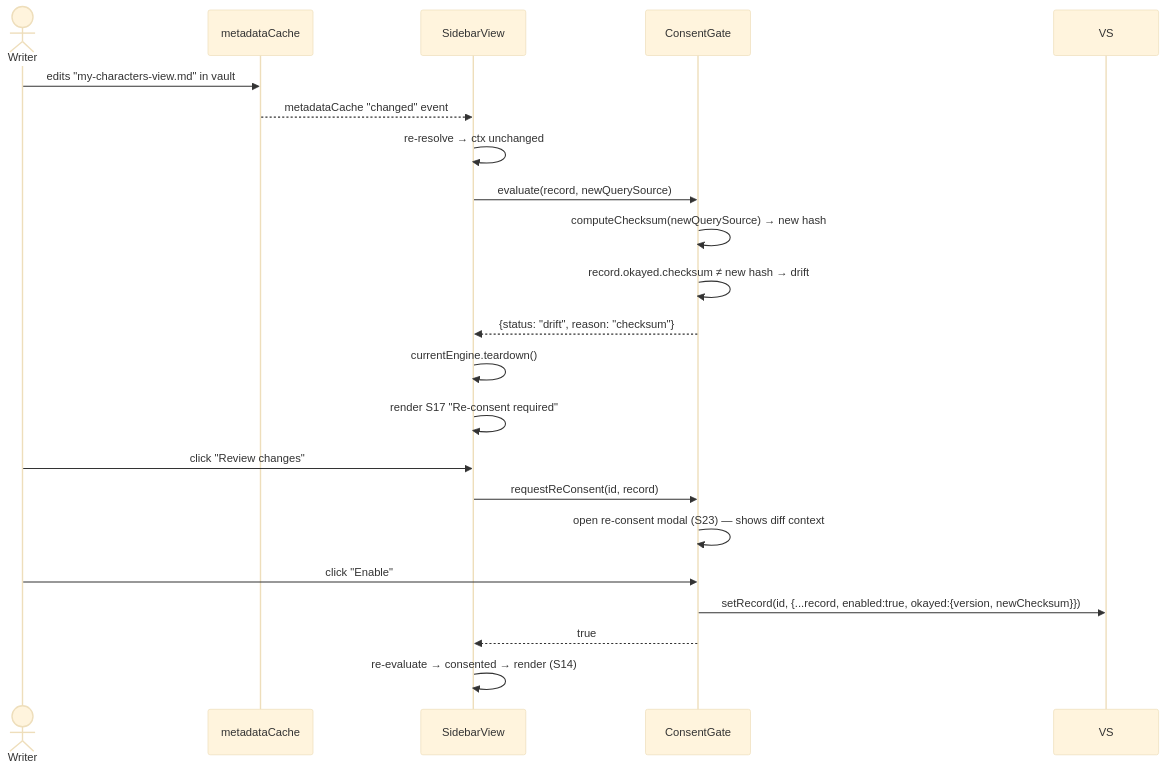
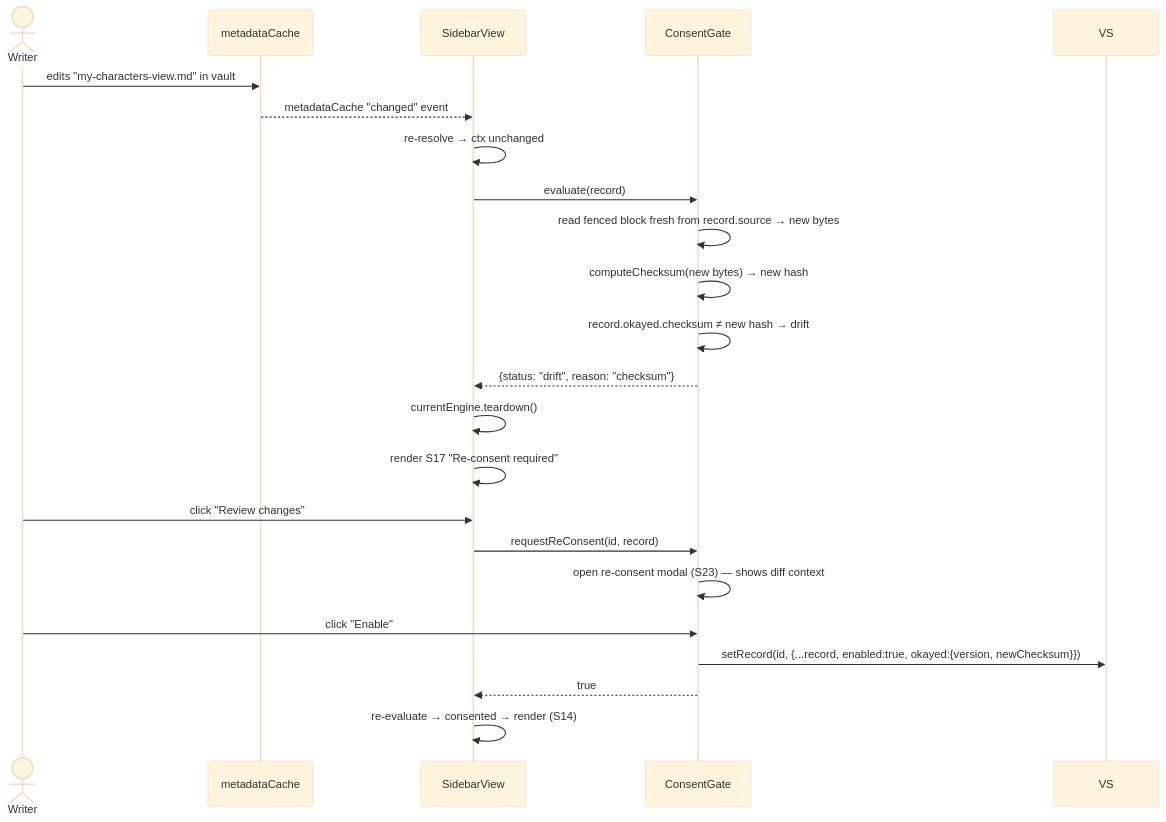
The sixth of 7 diagrams in docs/XDD/specs/002-query-engine-dataview/solution.md (MMoMM-org/obsidian-story-forge), drawn with Mermaid (base theme) before and after one commit. The commit also changed other lines of this file, not shown here.

First line of the commit message:
docs(spec): M2 SDD — clarify source/query read + native fallback

````diff
--- a/docs/XDD/specs/002-query-engine-dataview/solution.md
+++ b/docs/XDD/specs/002-query-engine-dataview/solution.md
@@ -823,24 +881,25 @@
 ```mermaid
 sequenceDiagram
     actor Writer
     participant MC as metadataCache
     participant SV as SidebarView
     participant CG as ConsentGate
 
     Writer->>MC: edits "my-characters-view.md" in vault
     MC-->>SV: metadataCache "changed" event
     SV->>SV: re-resolve → ctx unchanged
-    SV->>CG: evaluate(record, newQuerySource)
-    CG->>CG: computeChecksum(newQuerySource) → new hash
+    SV->>CG: evaluate(record)
+    CG->>CG: read fenced block fresh from record.source → new bytes
+    CG->>CG: computeChecksum(new bytes) → new hash
     CG->>CG: record.okayed.checksum ≠ new hash → drift
     CG-->>SV: {status: "drift", reason: "checksum"}
     SV->>SV: currentEngine.teardown()
     SV->>SV: render S17 "Re-consent required"
     Writer->>SV: click "Review changes"
     SV->>CG: requestReConsent(id, record)
     CG->>CG: open re-consent modal (S23) — shows diff context
     Writer->>CG: click "Enable"
     CG->>VS: setRecord(id, {...record, enabled:true, okayed:{version, newChecksum}})
     CG-->>SV: true
     SV->>SV: re-evaluate → consented → render (S14)
 ```
````
